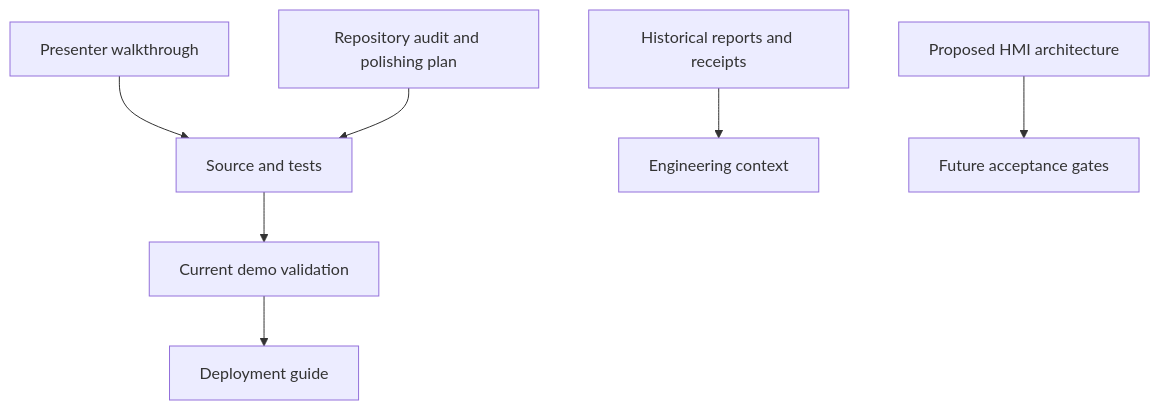
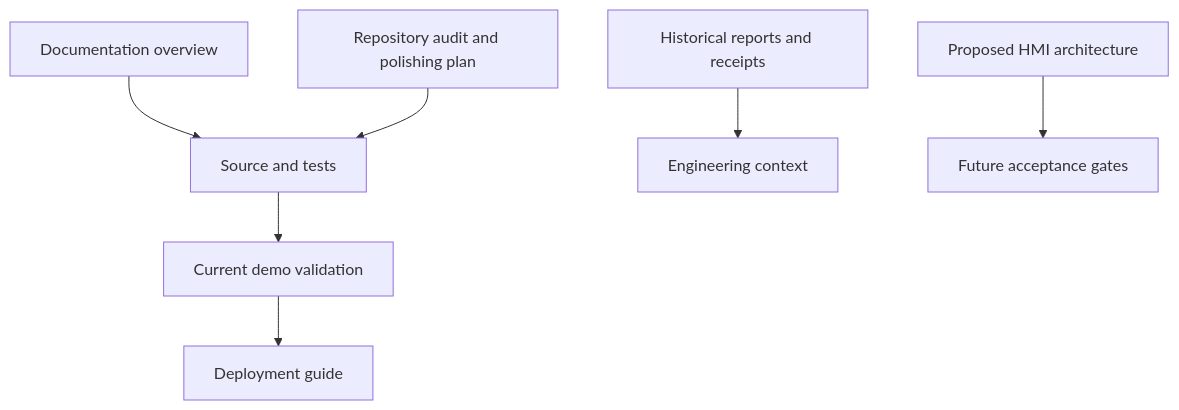
The diagram in docs/README.md (CloudWizardBoricua/cobalt-instrument-studio), drawn with Mermaid before and after one commit. The commit also changed other lines of this file and 11 other files, not shown here.

````diff
--- a/docs/README.md
+++ b/docs/README.md
@@ -5,9 +5,9 @@
 ```mermaid
 flowchart TD
-  Demo[Presenter walkthrough] --> Code[Source and tests]
+  Demo[Documentation overview] --> Code[Source and tests]
   Audit[Repository audit and polishing plan] --> Code
   Code --> Verify[Current demo validation]
   Verify --> Hosting[Deployment guide]
   History[Historical reports and receipts] --> Context[Engineering context]
   Future[Proposed HMI architecture] --> Roadmap[Future acceptance gates]
 ```
````
